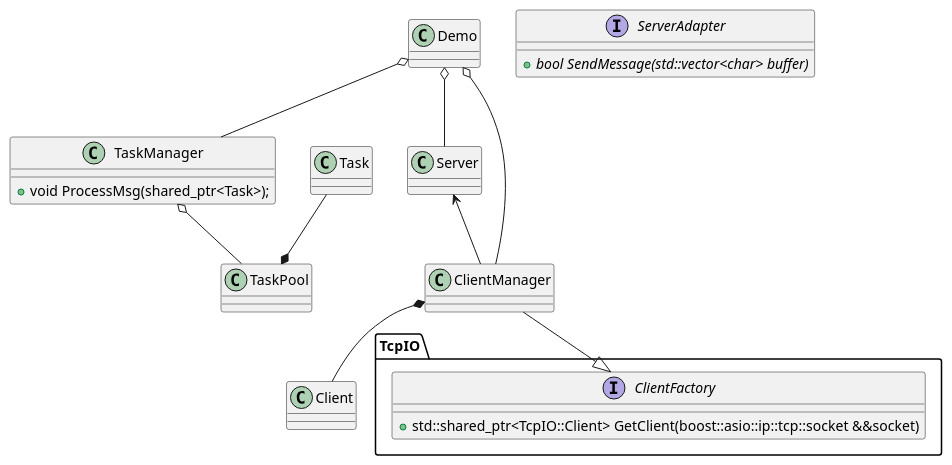
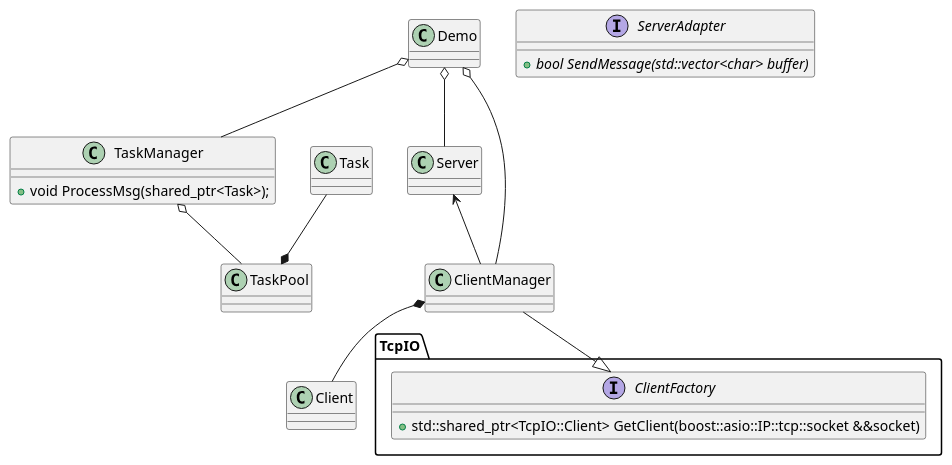
Before and after one commit to ZeroOf/cpp_practice: the diagram in src/DemoApp/design/readme.md, drawn with PlantUML. The commit also changed 200 other files, not shown here.

````diff
--- a/src/DemoApp/design/readme.md
+++ b/src/DemoApp/design/readme.md
@@ -9,27 +9,27 @@
 ```plantuml
 @startuml demoServer
 class Demo
 class TaskManager {
     +void ProcessMsg(shared_ptr<Task>);
 }
 interface ServerAdapter {
 +{abstract}bool SendMessage(std::vector<char> buffer)
 }
 interface TcpIO.ClientFactory {
-+std::shared_ptr<TcpIO::Client> GetClient(boost::asio::ip::tcp::socket &&socket)
++std::shared_ptr<TcpIO::Client> GetClient(boost::asio::IP::tcp::socket &&socket)
 }
 class TaskPool
 class Task
 Task --* TaskPool
 class Server
 class Client
 class ClientManager
 Demo o-- ClientManager
 Demo o-- Server
 ClientManager *-- Client
 TaskManager o-- TaskPool
 Server <-- ClientManager
 Demo o-- TaskManager
 ClientManager --|> TcpIO.ClientFactory
 @enduml
 ```
````
